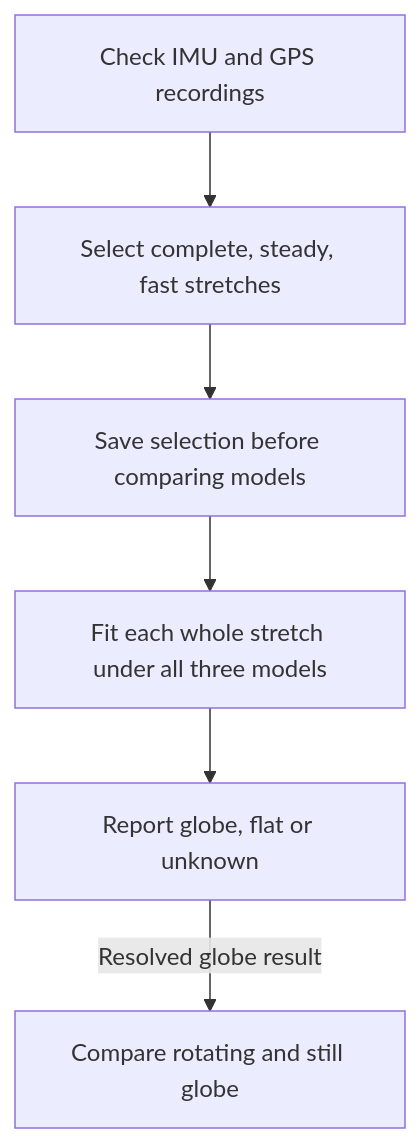
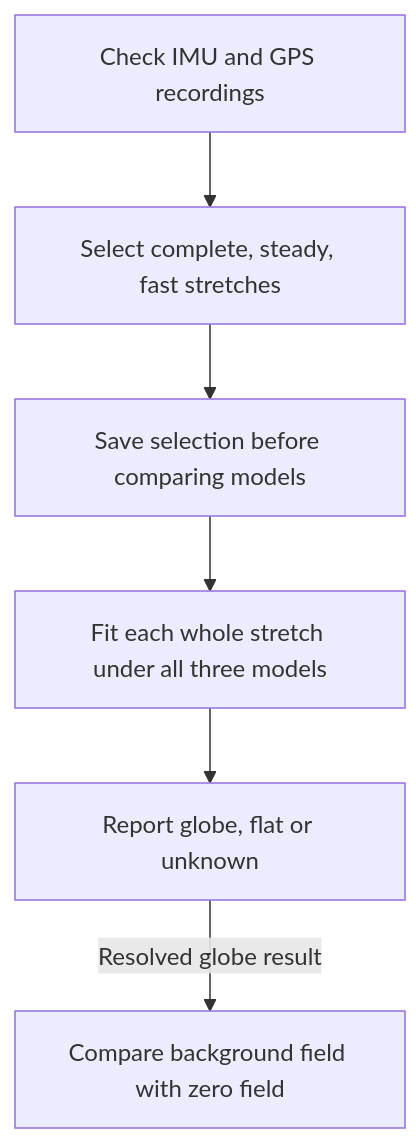
Before and after one commit to sweisman/local-level-lab: the diagram in README.md, drawn with Mermaid. The commit also changed other lines of this file and 313 other files, not shown here.

````diff
--- a/README.md
+++ b/README.md
@@ -69,8 +83,8 @@
 ```mermaid
 flowchart TD
     A[Check IMU and GPS recordings] --> B[Select complete, steady, fast stretches]
     B --> C[Save selection before comparing models]
     C --> D[Fit each whole stretch under all three models]
     D --> E[Report globe, flat or unknown]
-    E -->|Resolved globe result| F[Compare rotating and still globe]
+    E -->|Resolved globe result| F[Compare background field with zero field]
 ```
````
